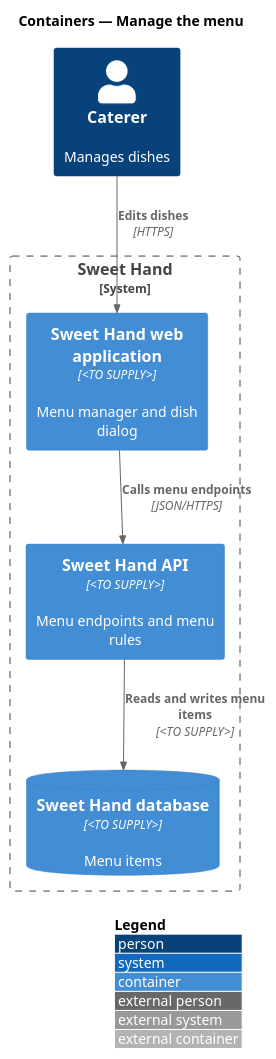
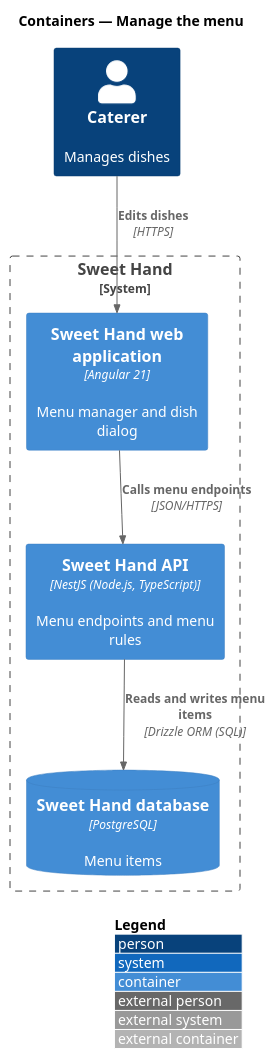
The diagram in docs/detailed-designs/caterer-profiles/manage-menu/diagrams/c4-container.puml (QuinntyneBrown/sweet-hand), drawn with PlantUML before and after one commit. The commit also changed 42 other files, not shown here.

```diff
--- a/docs/detailed-designs/caterer-profiles/manage-menu/diagrams/c4-container.puml
+++ b/docs/detailed-designs/caterer-profiles/manage-menu/diagrams/c4-container.puml
@@ -1,16 +1,16 @@
 @startuml
 !include <C4/C4_Container>
 LAYOUT_WITH_LEGEND()
 title Containers — Manage the menu
 
 Person(caterer, "Caterer", "Manages dishes")
 System_Boundary(sweethand, "Sweet Hand") {
-  Container(web, "Sweet Hand web application", "<TO SUPPLY>", "Menu manager and dish dialog")
-  Container(api, "Sweet Hand API", "<TO SUPPLY>", "Menu endpoints and menu rules")
-  ContainerDb(db, "Sweet Hand database", "<TO SUPPLY>", "Menu items")
+  Container(web, "Sweet Hand web application", "Angular 21", "Menu manager and dish dialog")
+  Container(api, "Sweet Hand API", "NestJS (Node.js, TypeScript)", "Menu endpoints and menu rules")
+  ContainerDb(db, "Sweet Hand database", "PostgreSQL", "Menu items")
 }
 
 Rel(caterer, web, "Edits dishes", "HTTPS")
 Rel(web, api, "Calls menu endpoints", "JSON/HTTPS")
-Rel(api, db, "Reads and writes menu items", "<TO SUPPLY>")
+Rel(api, db, "Reads and writes menu items", "Drizzle ORM (SQL)")
 @enduml
```
